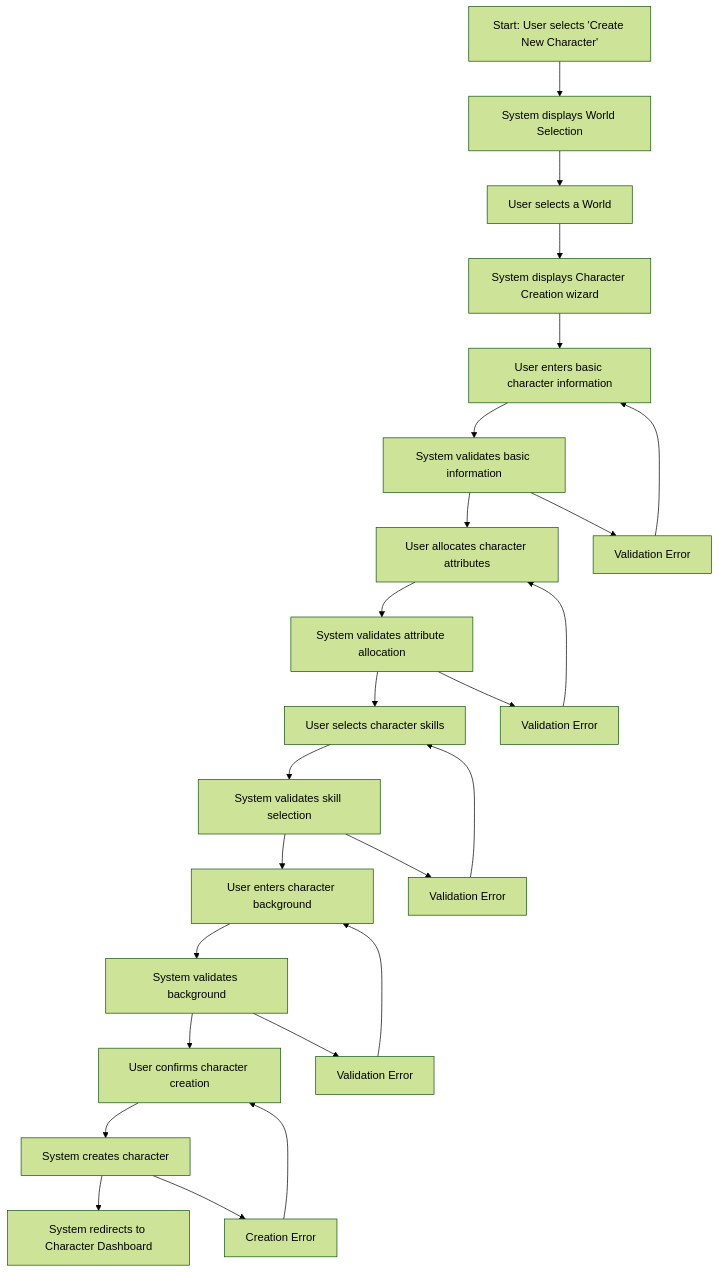
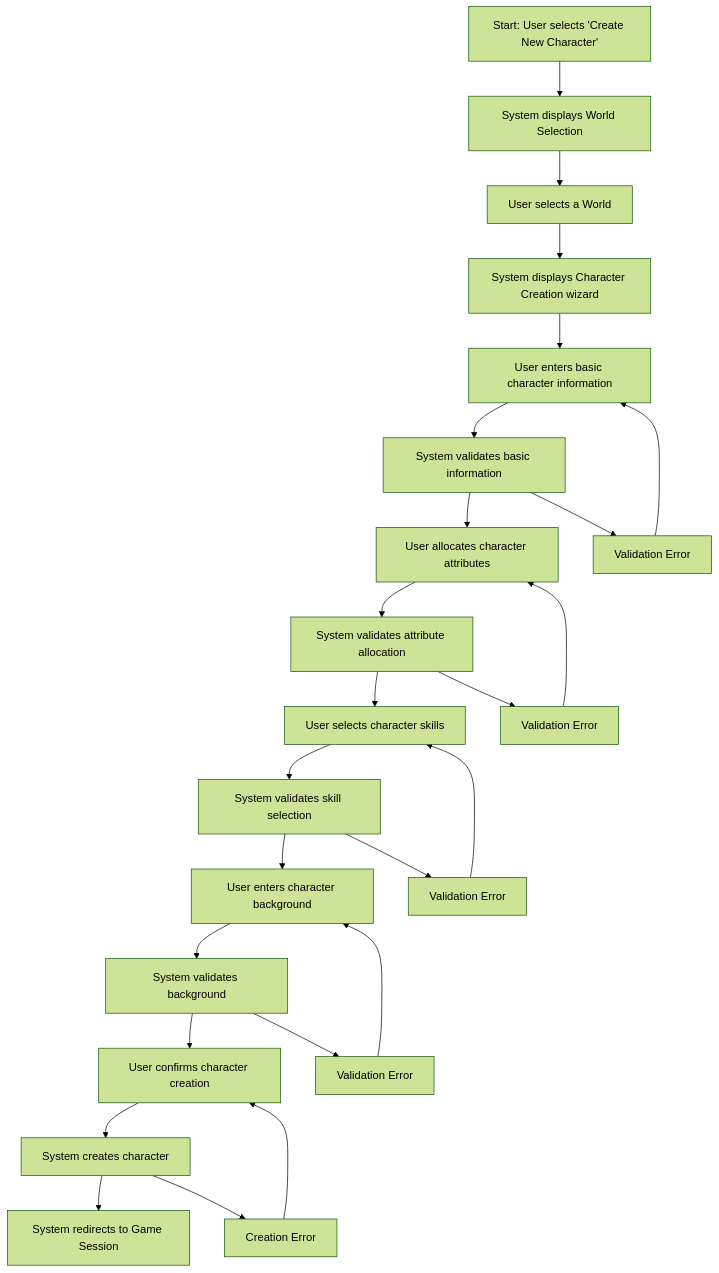
The diagram in docs/flows/character-creation-flow.md (jerseycheese/Narraitor), drawn with Mermaid (forest theme) before and after one commit. The commit also changed other lines of this file and 2 other files, not shown here.

First line of the commit message:
docs: Update documentation for character creation flow and narrative perspective

````diff
--- a/docs/flows/character-creation-flow.md
+++ b/docs/flows/character-creation-flow.md
@@ -21,32 +21,32 @@
 ```mermaid
 flowchart TD
     A[Start: User selects 'Create New Character'] --> B[System displays World Selection]
     B --> C[User selects a World]
     C --> D[System displays Character Creation wizard]
     D --> E[User enters basic character information]
     E --> F[System validates basic information]
     F --> G[User allocates character attributes]
     G --> H[System validates attribute allocation]
     H --> I[User selects character skills]
     I --> J[System validates skill selection]
     J --> K[User enters character background]
     K --> L[System validates background]
     L --> M[User confirms character creation]
     M --> N[System creates character]
-    N --> O[System redirects to Character Dashboard]
+    N --> O[System redirects to Game Session]
     
     F --> F1[Validation Error]
     F1 --> E
     
     H --> H1[Validation Error]
     H1 --> G
     
     J --> J1[Validation Error]
     J1 --> I
     
     L --> L1[Validation Error]
     L1 --> K
     
     N --> N1[Creation Error]
     N1 --> M
 ```
````
